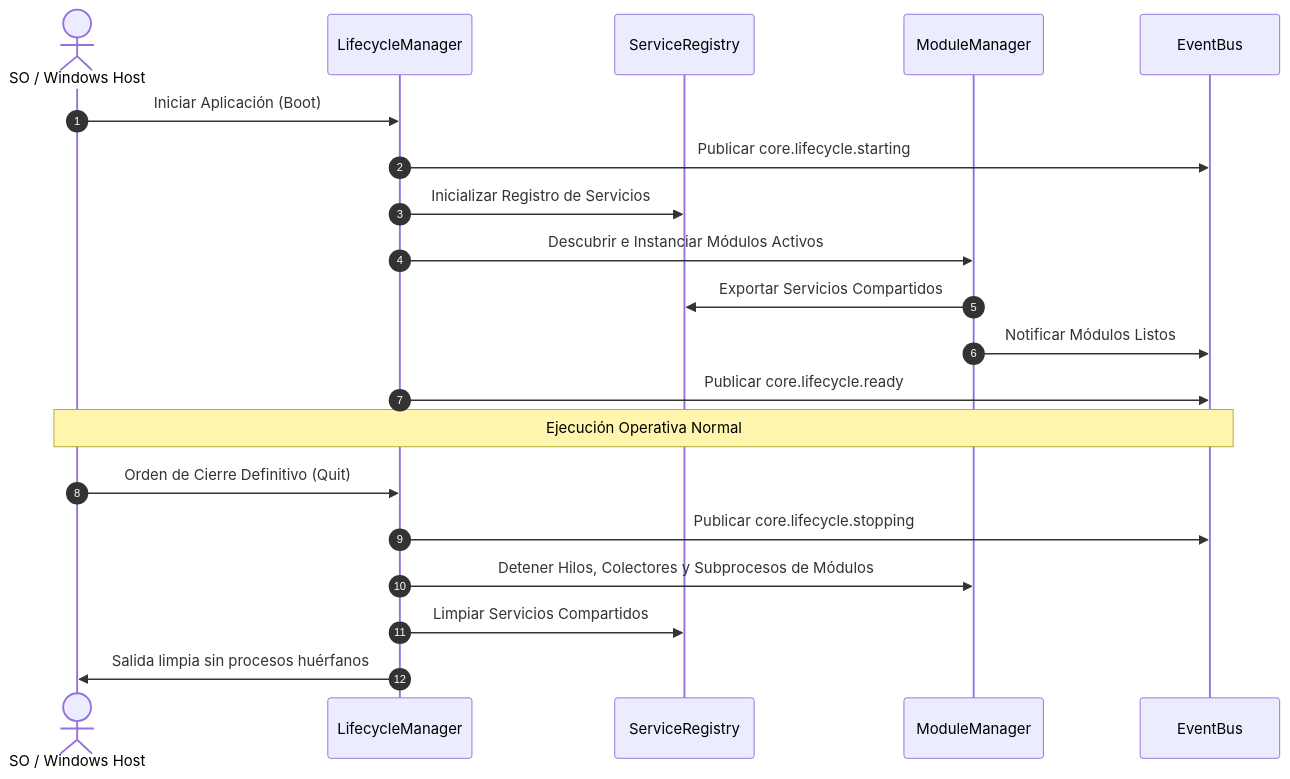
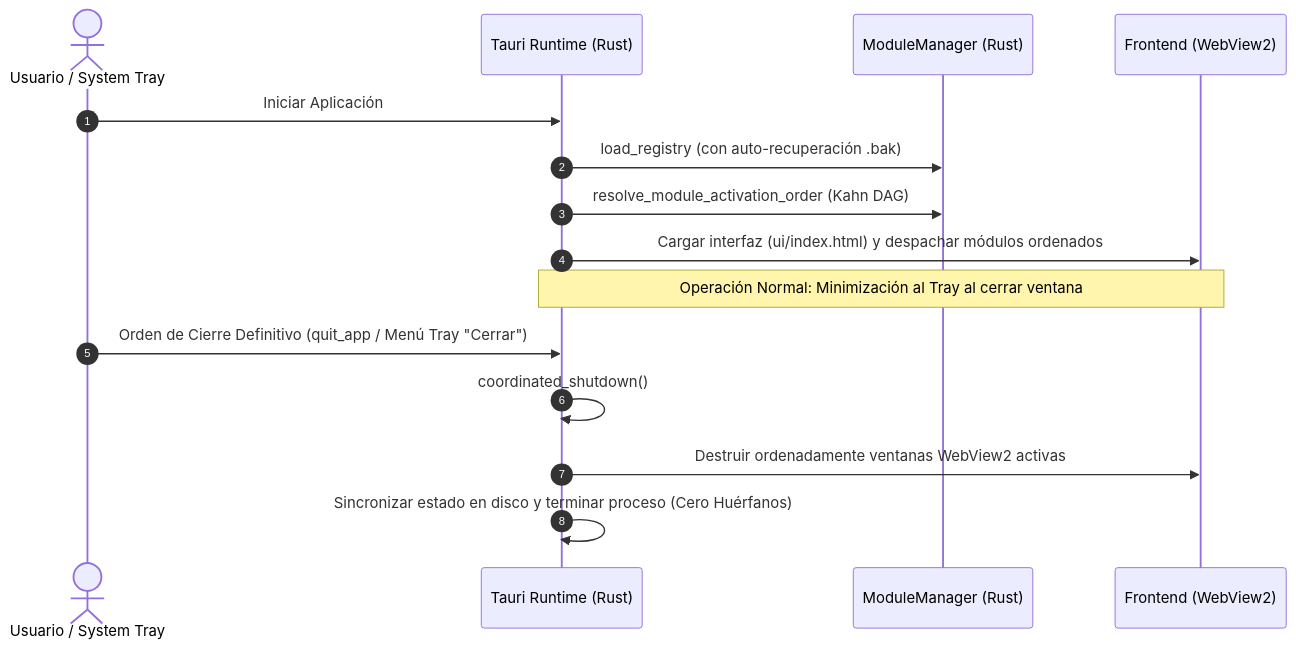
One commit to agusavila/pc_manager changed the second of 2 diagrams in docs/developer/core_developer_guide.md. Above: the diagram before and after it, drawn with Mermaid. The commit also changed other lines of this file and 2 other files, not shown here.

Commit message:
docs(triad): sincronizar guia de desarrollador v0.0.4 y auditar estandar marca blanca

````diff
--- a/docs/developer/core_developer_guide.md
+++ b/docs/developer/core_developer_guide.md
@@ -37,25 +38,20 @@
 ```mermaid
 sequenceDiagram
     autonumber
-    actor Host as SO / Windows Host
-    participant Core as LifecycleManager
-    participant SR as ServiceRegistry
-    participant MM as ModuleManager
-    participant EB as EventBus
+    actor User as Usuario / System Tray
+    participant Host as Tauri Runtime (Rust)
+    participant MM as ModuleManager (Rust)
+    participant UI as Frontend (WebView2)
 
-    Host->>Core: Iniciar Aplicación (Boot)
-    Core->>EB: Publicar core.lifecycle.starting
-    Core->>SR: Inicializar Registro de Servicios
-    Core->>MM: Descubrir e Instanciar Módulos Activos
-    MM->>SR: Exportar Servicios Compartidos
-    MM->>EB: Notificar Módulos Listos
-    Core->>EB: Publicar core.lifecycle.ready
+    User->>Host: Iniciar Aplicación
+    Host->>MM: load_registry (con auto-recuperación .bak)
+    Host->>MM: resolve_module_activation_order (Kahn DAG)
+    Host->>UI: Cargar interfaz (ui/index.html) y despachar módulos ordenados
     
-    Note over Host,EB: Ejecución Operativa Normal
+    Note over Host,UI: Operación Normal: Minimización al Tray al cerrar ventana
     
-    Host->>Core: Orden de Cierre Definitivo (Quit)
-    Core->>EB: Publicar core.lifecycle.stopping
-    Core->>MM: Detener Hilos, Colectores y Subprocesos de Módulos
-    Core->>SR: Limpiar Servicios Compartidos
-    Core->>Host: Salida limpia sin procesos huérfanos
+    User->>Host: Orden de Cierre Definitivo (quit_app / Menú Tray "Cerrar")
+    Host->>Host: coordinated_shutdown()
+    Host->>UI: Destruir ordenadamente ventanas WebView2 activas
+    Host->>Host: Sincronizar estado en disco y terminar proceso (Cero Huérfanos)
 ```
````
